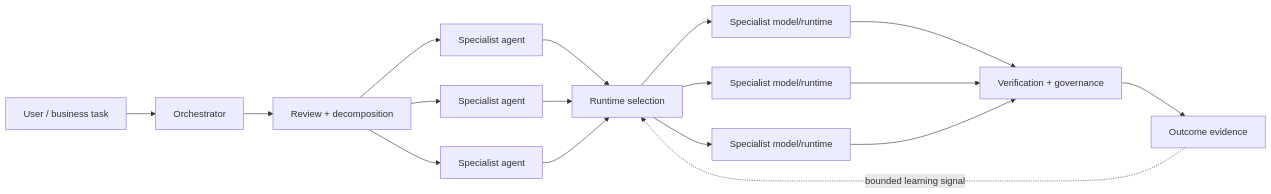
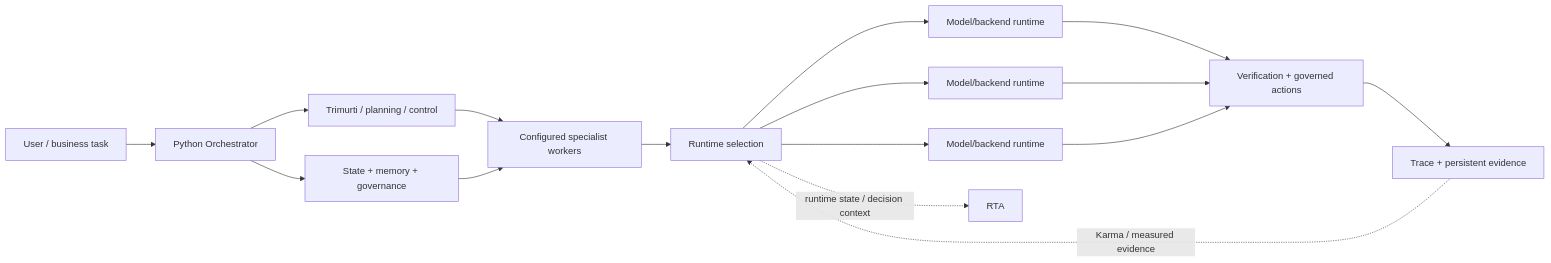
One commit to Prashant10009/agent-forge-showcase changed the diagram in docs/PRODUCTION_CAPABILITIES.md. Above: the diagram before and after it, drawn with Mermaid. The commit also changed other lines of this file and 3 other files, not shown here.

First line of the commit message:
docs: final architecture consistency audit (#16)

````diff
--- a/docs/PRODUCTION_CAPABILITIES.md
+++ b/docs/PRODUCTION_CAPABILITIES.md
@@ -11,19 +11,18 @@
 ```mermaid
 flowchart LR
-  U["User / business task"] --> O["Orchestrator"]
-  O --> C["Review + decomposition"]
-  C --> A1["Specialist agent"]
-  C --> A2["Specialist agent"]
-  C --> A3["Specialist agent"]
-  A1 --> R["Runtime selection"]
-  A2 --> R
-  A3 --> R
-  R --> M1["Specialist model/runtime"]
-  R --> M2["Specialist model/runtime"]
-  R --> M3["Specialist model/runtime"]
-  M1 --> V["Verification + governance"]
+  U["User / business task"] --> O["Python Orchestrator"]
+  O --> T["Trimurti / planning / control"]
+  O --> S["State + memory + governance"]
+  T --> W["Configured specialist workers"]
+  S --> W
+  W --> R["Runtime selection"]
+  R --> M1["Model/backend runtime"]
+  R --> M2["Model/backend runtime"]
+  R --> M3["Model/backend runtime"]
+  M1 --> V["Verification + governed actions"]
   M2 --> V
   M3 --> V
-  V --> E["Outcome evidence"]
-  E -. "bounded learning signal" .-> R
+  V --> E["Trace + persistent evidence"]
+  E -. "Karma / measured evidence" .-> R
+  R -. "runtime state / decision context" .-> Q["RTA"]
 ```
````
